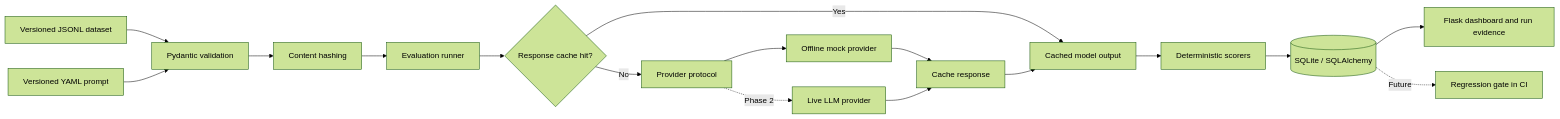
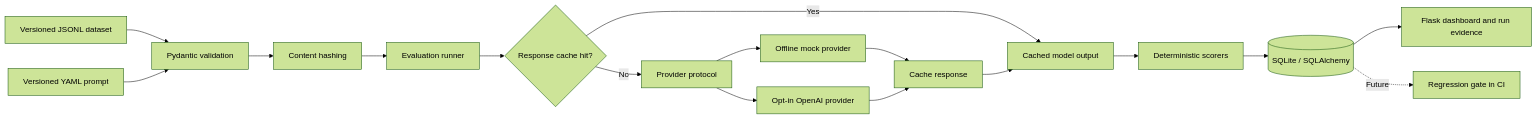
Before and after one commit to Sujay1709/evalbench-ai: the first of 3 diagrams in README.md, drawn with Mermaid (forest theme). The commit also changed other lines of this file and 11 other files, not shown here.

Commit message:
feat: add opt-in OpenAI Responses provider

````diff
--- a/README.md
+++ b/README.md
@@ -43,19 +43,19 @@
 ```mermaid
 flowchart LR
     D["Versioned JSONL dataset"] --> V["Pydantic validation"]
     P["Versioned YAML prompt"] --> V
     V --> H["Content hashing"]
     H --> R["Evaluation runner"]
     R --> C{"Response cache hit?"}
     C -- Yes --> O["Cached model output"]
     C -- No --> S["Provider protocol"]
     S --> M["Offline mock provider"]
-    S -. "Phase 2" .-> L["Live LLM provider"]
+    S --> L["Opt-in OpenAI provider"]
     M --> W["Cache response"]
     L --> W
     W --> O
     O --> E["Deterministic scorers"]
     E --> DB[("SQLite / SQLAlchemy")]
     DB --> UI["Flask dashboard and run evidence"]
     DB -. "Future" .-> CI["Regression gate in CI"]
 ```
````
